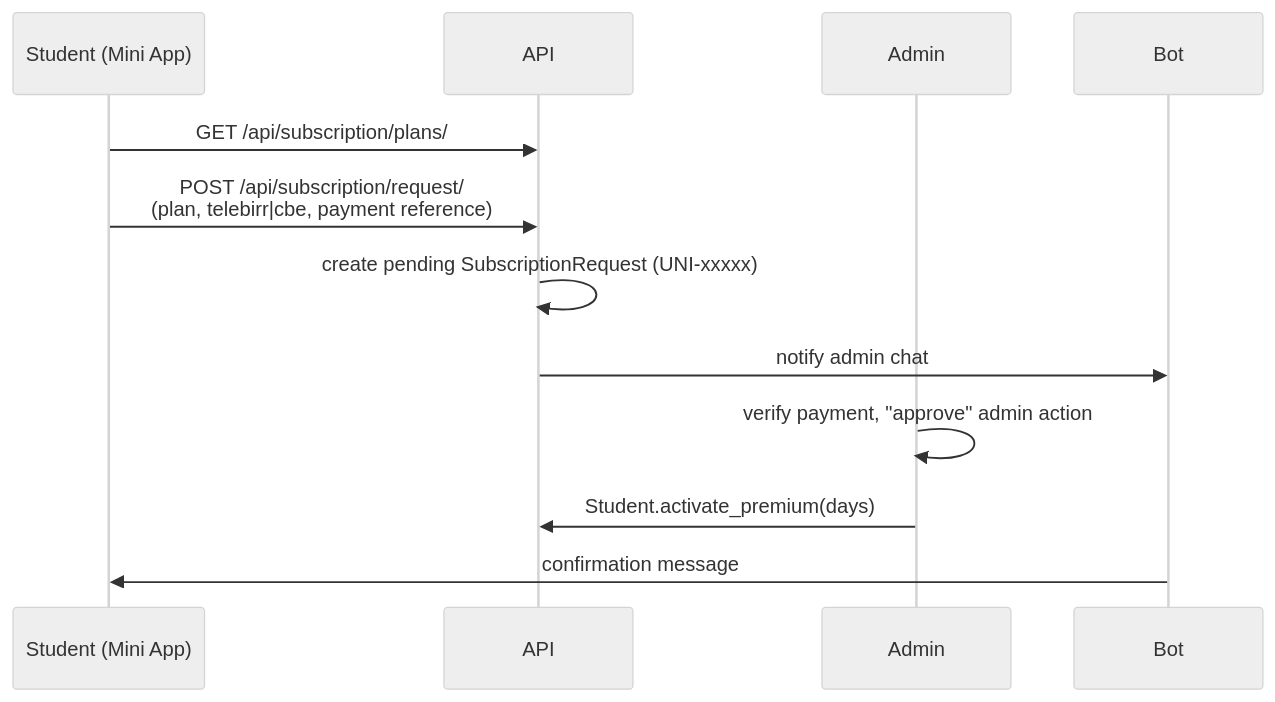
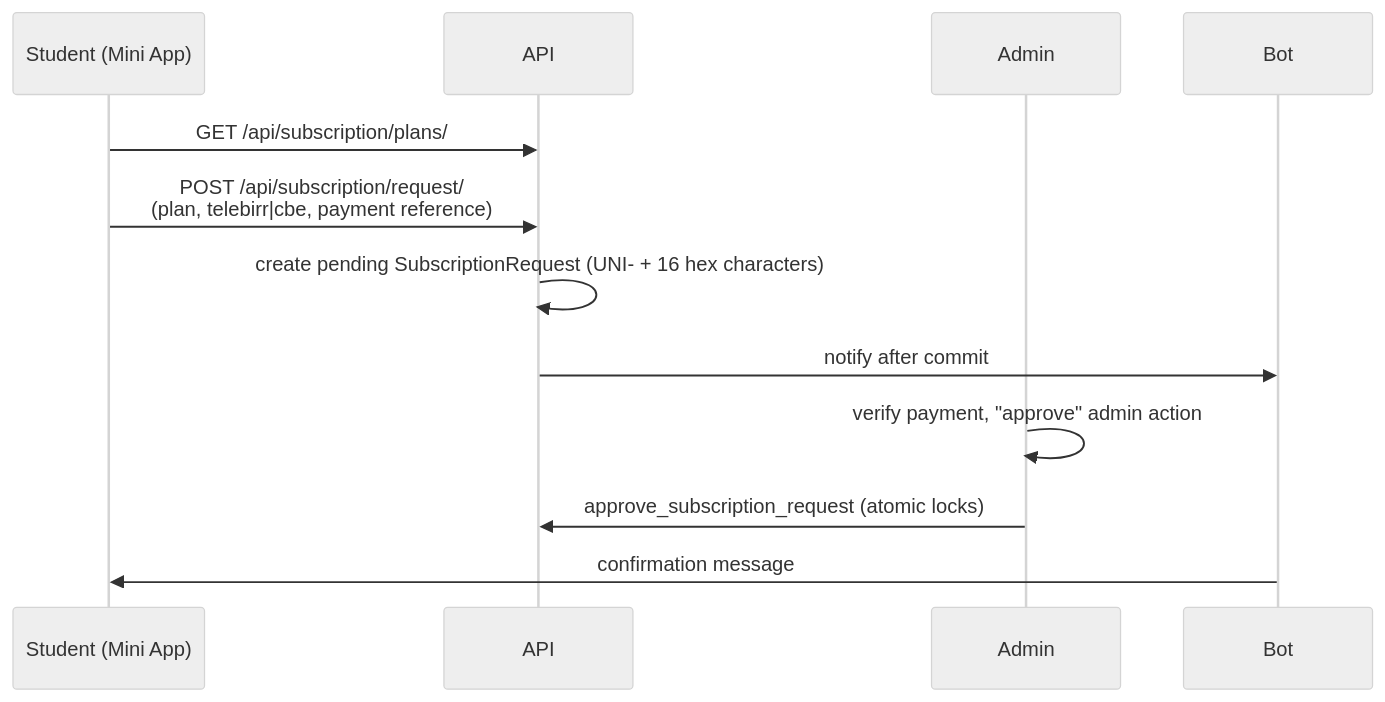
One commit to yirubal/uniportal-backend changed the fifth of 5 diagrams in docs/ARCHITECTURE.md. Above: the diagram before and after it, drawn with Mermaid (neutral theme). The commit also changed other lines of this file and 24 other files, not shown here.

````diff
--- a/docs/ARCHITECTURE.md
+++ b/docs/ARCHITECTURE.md
@@ -180,15 +185,15 @@
 ```mermaid
 sequenceDiagram
     participant S as Student (Mini App)
     participant API as API
     participant A as Admin
     participant B as Bot
 
     S->>API: GET /api/subscription/plans/
     S->>API: POST /api/subscription/request/<br/>(plan, telebirr|cbe, payment reference)
-    API->>API: create pending SubscriptionRequest (UNI-xxxxx)
-    API->>B: notify admin chat
+    API->>API: create pending SubscriptionRequest (UNI- + 16 hex characters)
+    API->>B: notify after commit
     A->>A: verify payment, "approve" admin action
-    A->>API: Student.activate_premium(days)
+    A->>API: approve_subscription_request (atomic locks)
     B->>S: confirmation message
 ```
````
